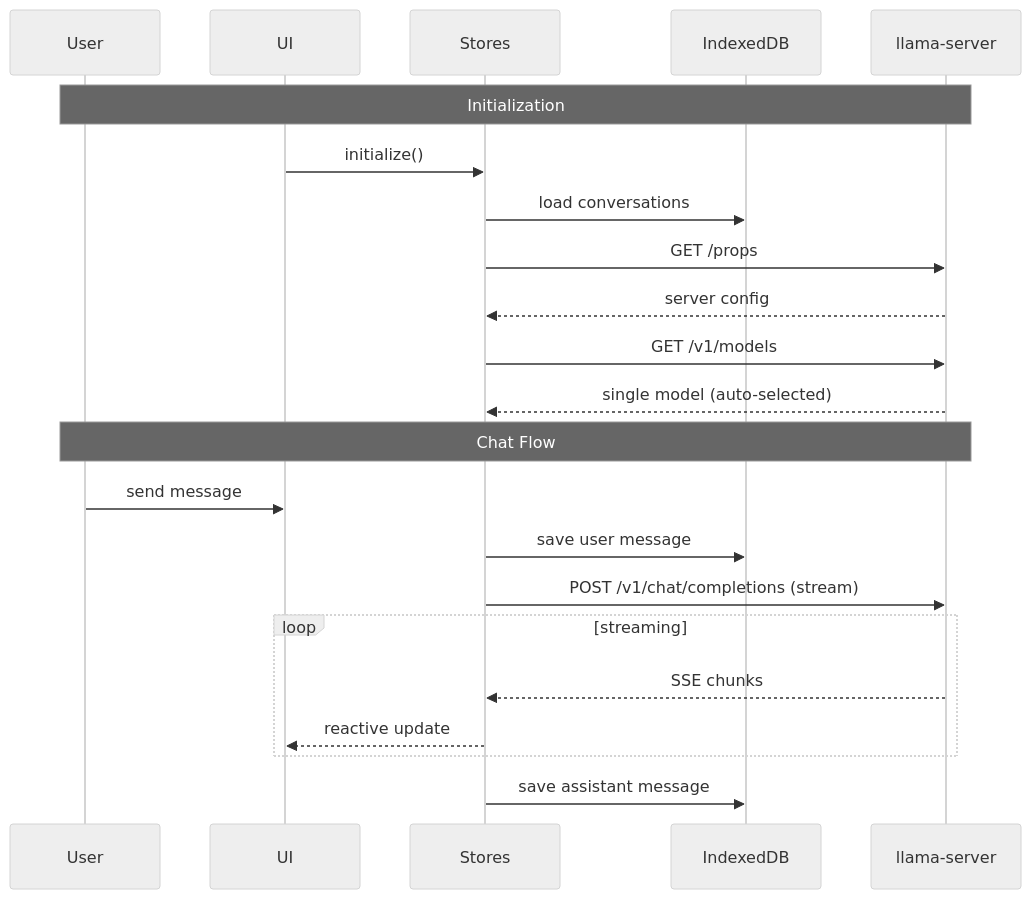
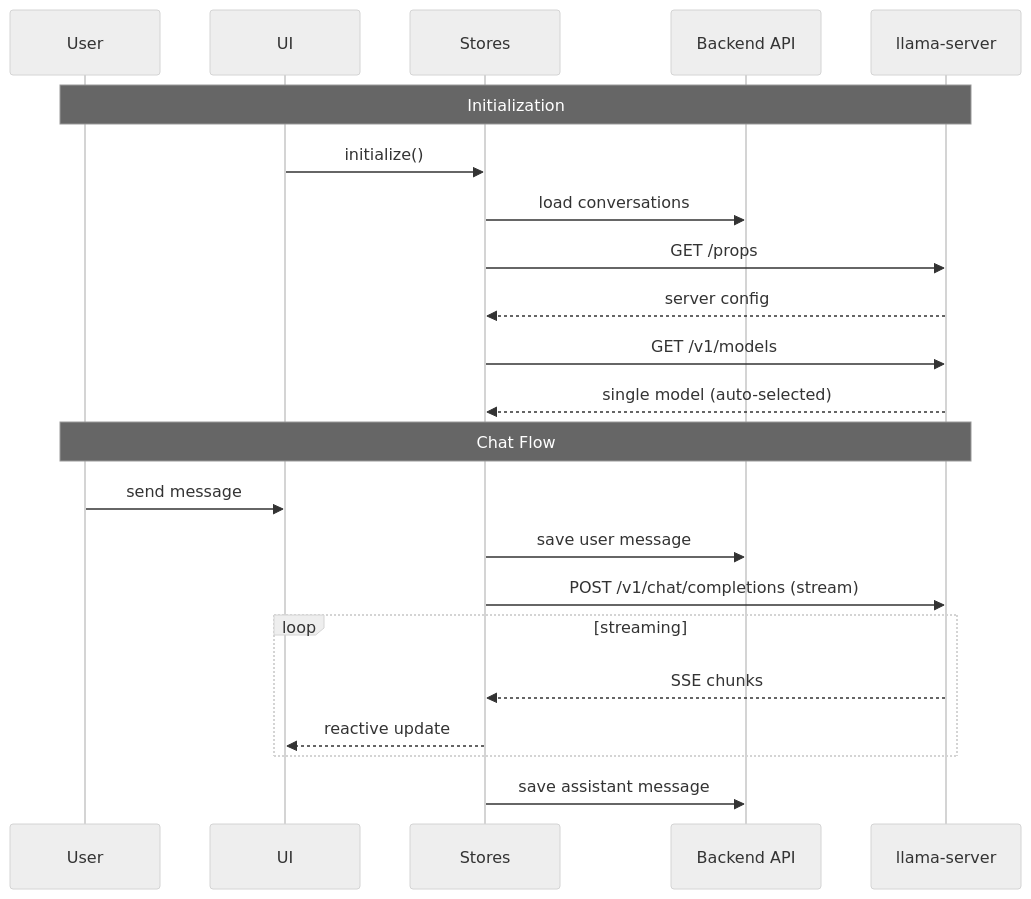
Before and after one commit to gugugiyu/magic.cpp: the second of 6 diagrams in packages/frontend/README.md, drawn with Mermaid (neutral theme). The commit also changed other lines of this file and 6 other files, not shown here.

Commit message:
docs: update docs to match current system architecture

````diff
--- a/packages/frontend/README.md
+++ b/packages/frontend/README.md
@@ -381,26 +456,26 @@
 ```mermaid
 sequenceDiagram
     participant User
     participant UI
     participant Stores
-    participant DB as IndexedDB
+    participant Backend as Backend API
     participant API as llama-server
 
     Note over User,API: Initialization
     UI->>Stores: initialize()
-    Stores->>DB: load conversations
+    Stores->>Backend: load conversations
     Stores->>API: GET /props
     API-->>Stores: server config
     Stores->>API: GET /v1/models
     API-->>Stores: single model (auto-selected)
 
     Note over User,API: Chat Flow
     User->>UI: send message
-    Stores->>DB: save user message
+    Stores->>Backend: save user message
     Stores->>API: POST /v1/chat/completions (stream)
     loop streaming
         API-->>Stores: SSE chunks
         Stores-->>UI: reactive update
     end
-    Stores->>DB: save assistant message
+    Stores->>Backend: save assistant message
 ```
````
